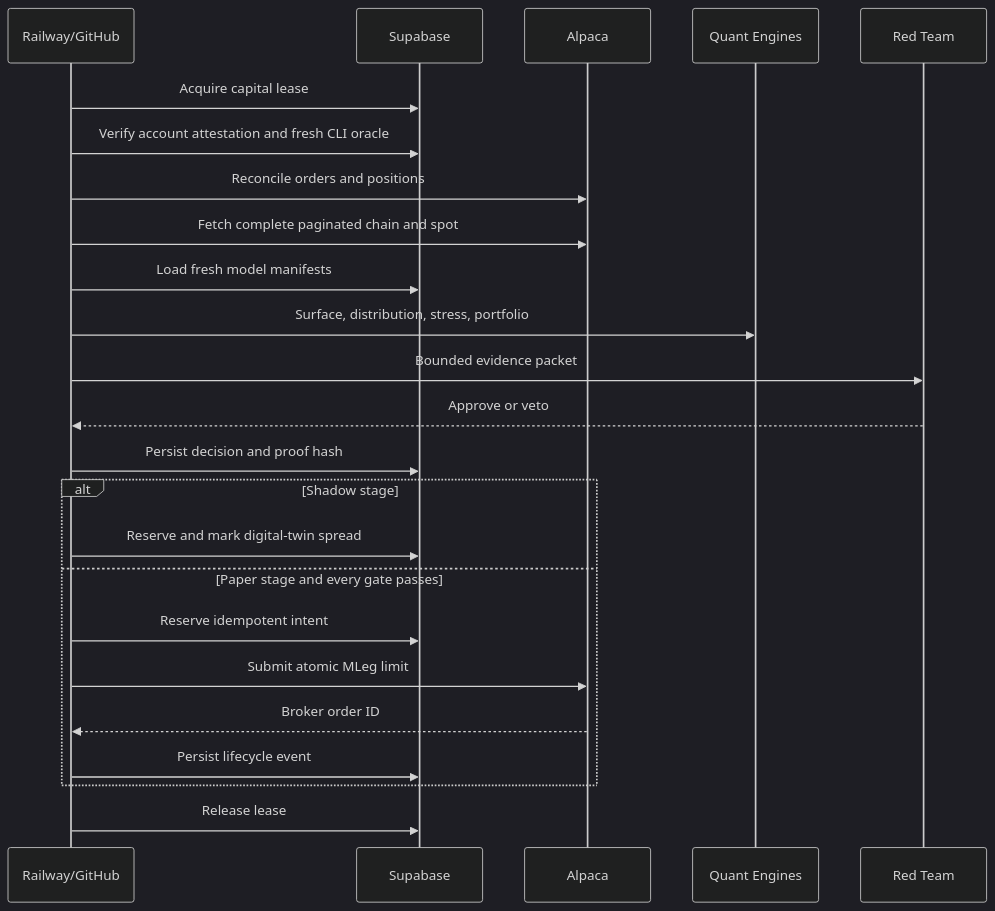
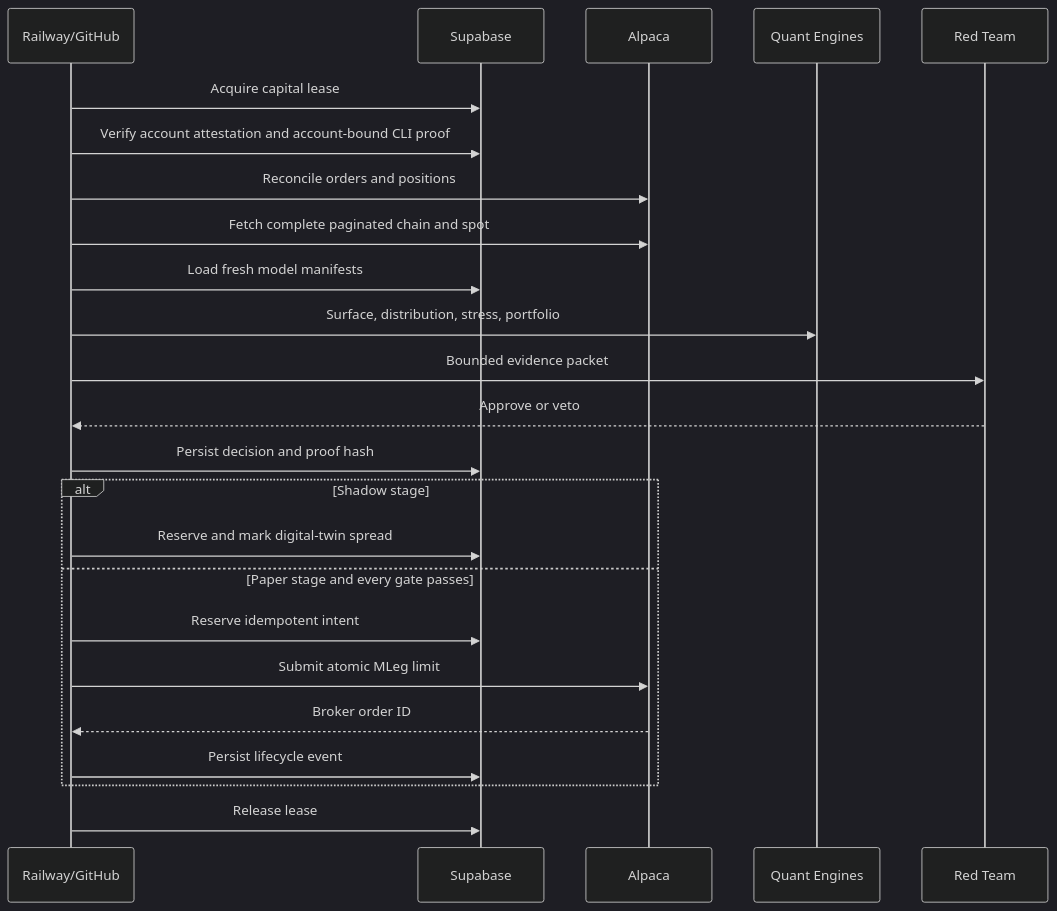
The second of 2 diagrams in docs/ARCHITECTURE.md (yusufkadry/volforge-ai), drawn with Mermaid (dark theme) before and after one commit. The commit also changed other lines of this file and 48 other files, not shown here.

````diff
--- a/docs/ARCHITECTURE.md
+++ b/docs/ARCHITECTURE.md
@@ -43,27 +44,27 @@
 ```mermaid
 sequenceDiagram
   participant Scheduler as Railway/GitHub
   participant DB as Supabase
   participant Alpaca
   participant Quant as Quant Engines
   participant AI as Red Team
 
   Scheduler->>DB: Acquire capital lease
-  Scheduler->>DB: Verify account attestation and fresh CLI oracle
+  Scheduler->>DB: Verify account attestation and account-bound CLI proof
   Scheduler->>Alpaca: Reconcile orders and positions
   Scheduler->>Alpaca: Fetch complete paginated chain and spot
   Scheduler->>DB: Load fresh model manifests
   Scheduler->>Quant: Surface, distribution, stress, portfolio
   Scheduler->>AI: Bounded evidence packet
   AI-->>Scheduler: Approve or veto
   Scheduler->>DB: Persist decision and proof hash
   alt Shadow stage
     Scheduler->>DB: Reserve and mark digital-twin spread
   else Paper stage and every gate passes
     Scheduler->>DB: Reserve idempotent intent
     Scheduler->>Alpaca: Submit atomic MLeg limit
     Alpaca-->>Scheduler: Broker order ID
     Scheduler->>DB: Persist lifecycle event
   end
   Scheduler->>DB: Release lease
 ```
````
